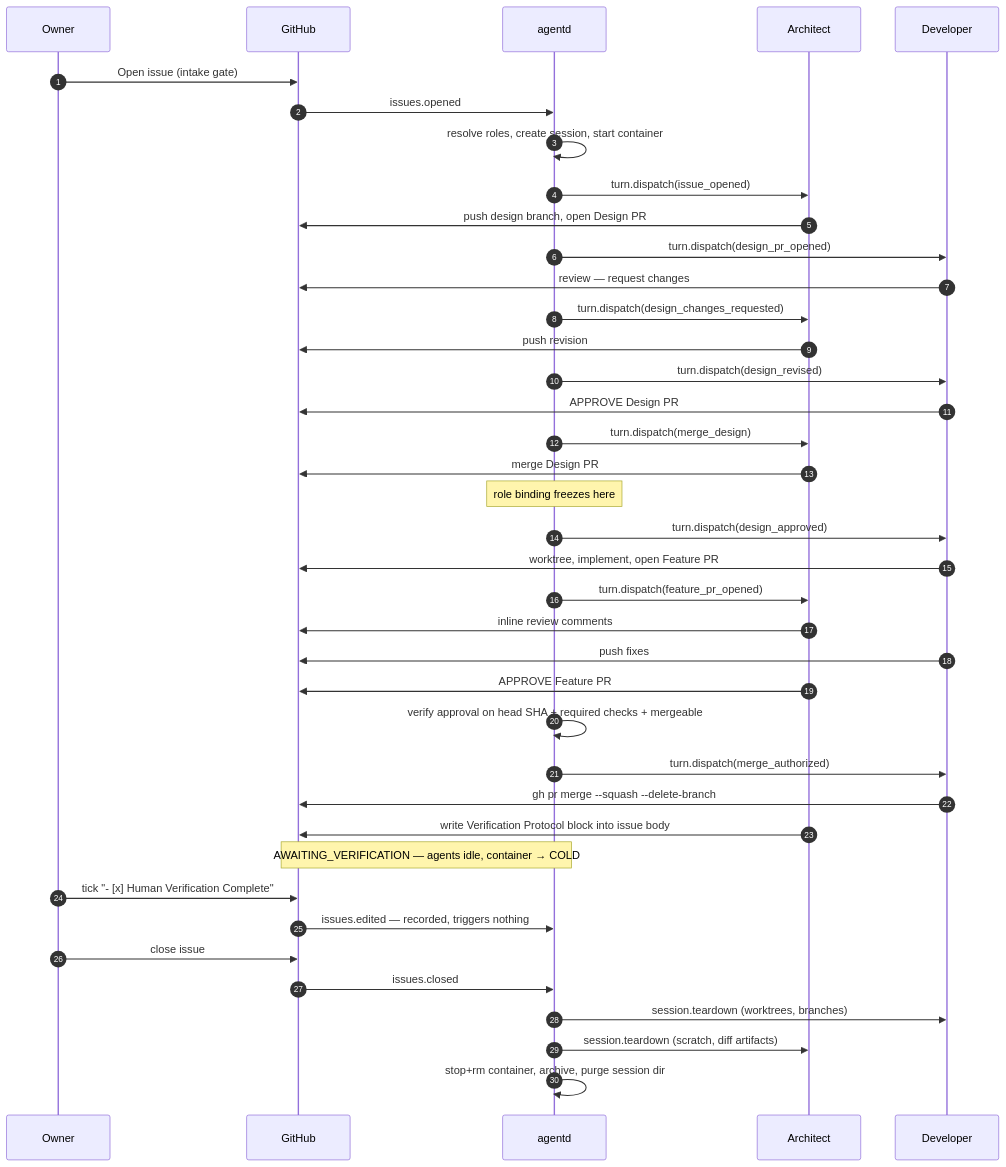
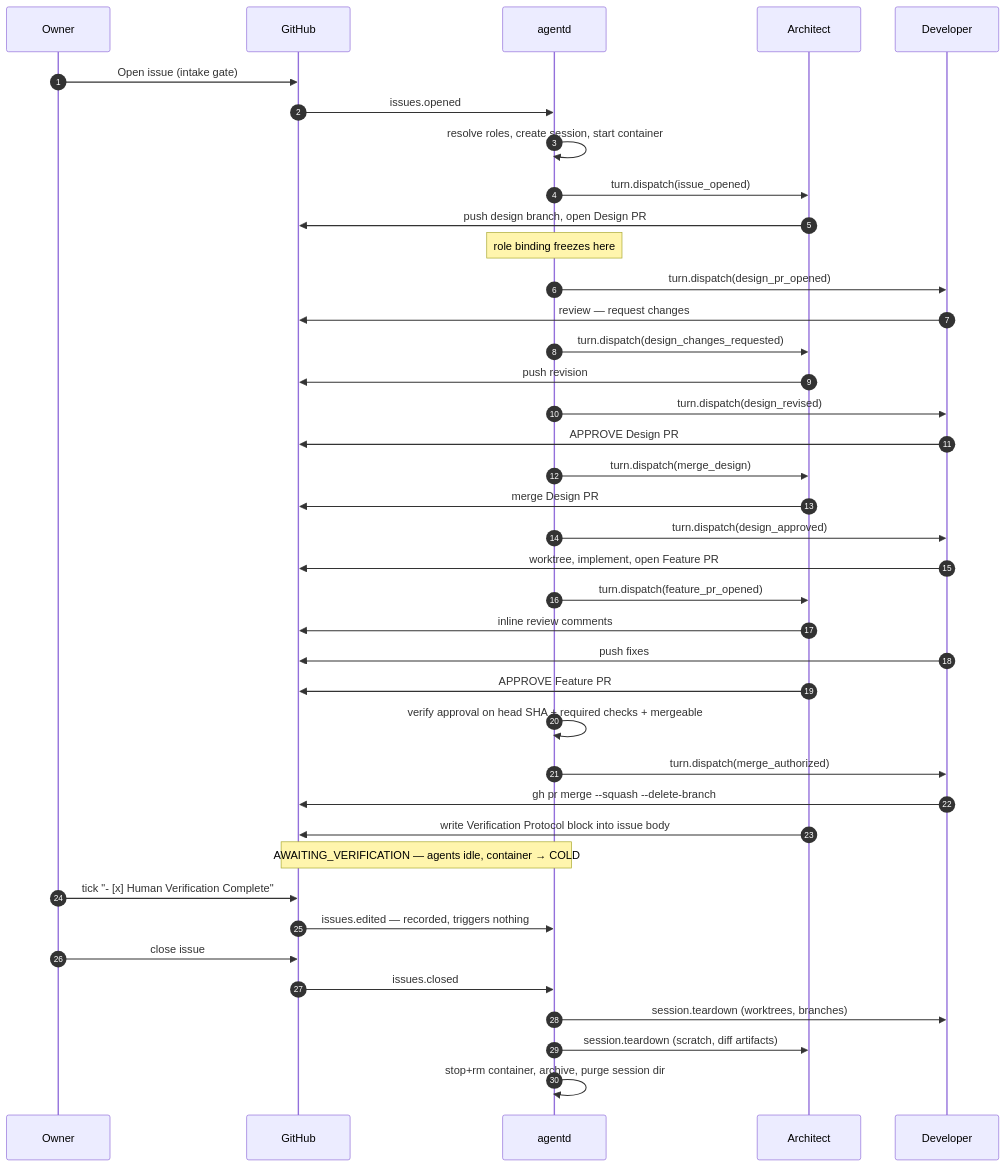
The third of 3 diagrams in docs/design/unified_design_spec.md (huozhe/code-workflow), drawn with Mermaid before and after one commit. The commit also changed other lines of this file, not shown here.

````diff
--- a/docs/design/unified_design_spec.md
+++ b/docs/design/unified_design_spec.md
@@ -457,42 +461,42 @@
 ```mermaid
 sequenceDiagram
     autonumber
     participant H as Owner
     participant GH as GitHub
     participant D as agentd
     participant A as Architect
     participant V as Developer
 
     H->>GH: Open issue (intake gate)
     GH->>D: issues.opened
     D->>D: resolve roles, create session, start container
     D->>A: turn.dispatch(issue_opened)
     A->>GH: push design branch, open Design PR
+    Note over D: role binding freezes here
     D->>V: turn.dispatch(design_pr_opened)
     V->>GH: review — request changes
     D->>A: turn.dispatch(design_changes_requested)
     A->>GH: push revision
     D->>V: turn.dispatch(design_revised)
     V->>GH: APPROVE Design PR
     D->>A: turn.dispatch(merge_design)
     A->>GH: merge Design PR
-    Note over D: role binding freezes here
     D->>V: turn.dispatch(design_approved)
     V->>GH: worktree, implement, open Feature PR
     D->>A: turn.dispatch(feature_pr_opened)
     A->>GH: inline review comments
     V->>GH: push fixes
     A->>GH: APPROVE Feature PR
     D->>D: verify approval on head SHA + required checks + mergeable
     D->>V: turn.dispatch(merge_authorized)
     V->>GH: gh pr merge --squash --delete-branch
     A->>GH: write Verification Protocol block into issue body
     Note over D,GH: AWAITING_VERIFICATION — agents idle, container → COLD
     H->>GH: tick "- [x] Human Verification Complete"
     GH->>D: issues.edited — recorded, triggers nothing
     H->>GH: close issue
     GH->>D: issues.closed
     D->>V: session.teardown (worktrees, branches)
     D->>A: session.teardown (scratch, diff artifacts)
     D->>D: stop+rm container, archive, purge session dir
 ```
````
